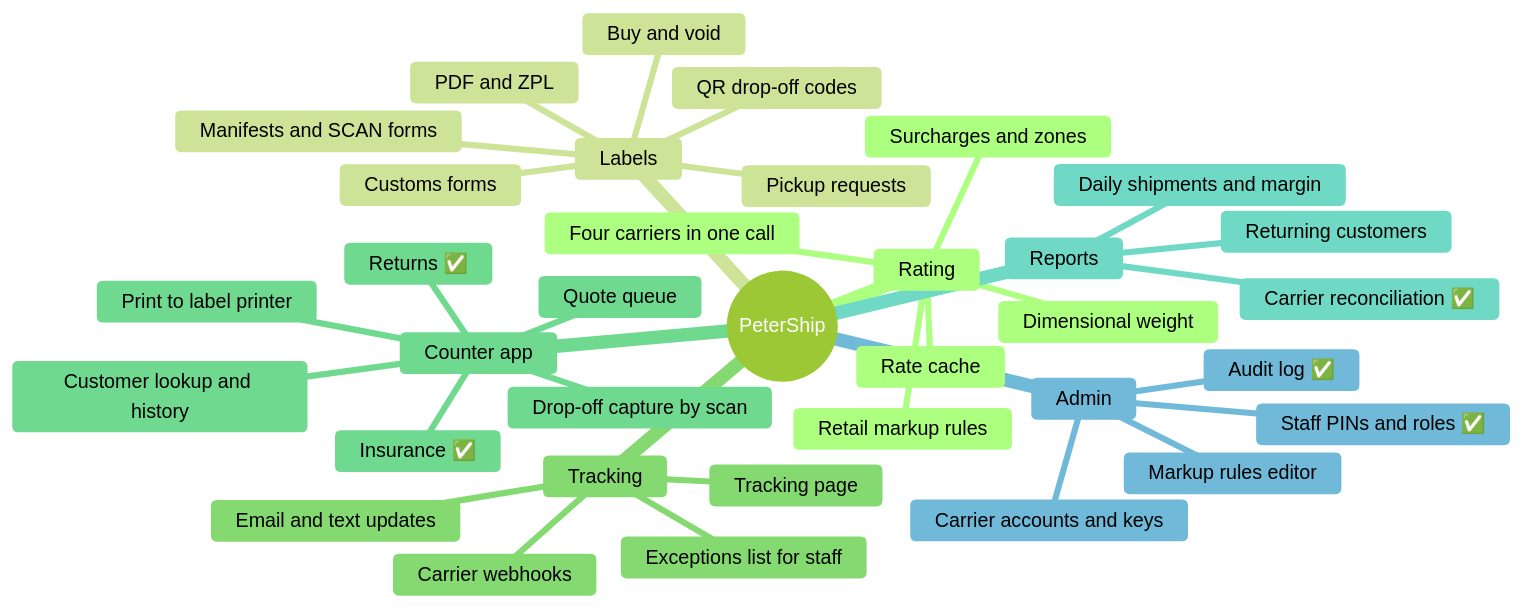
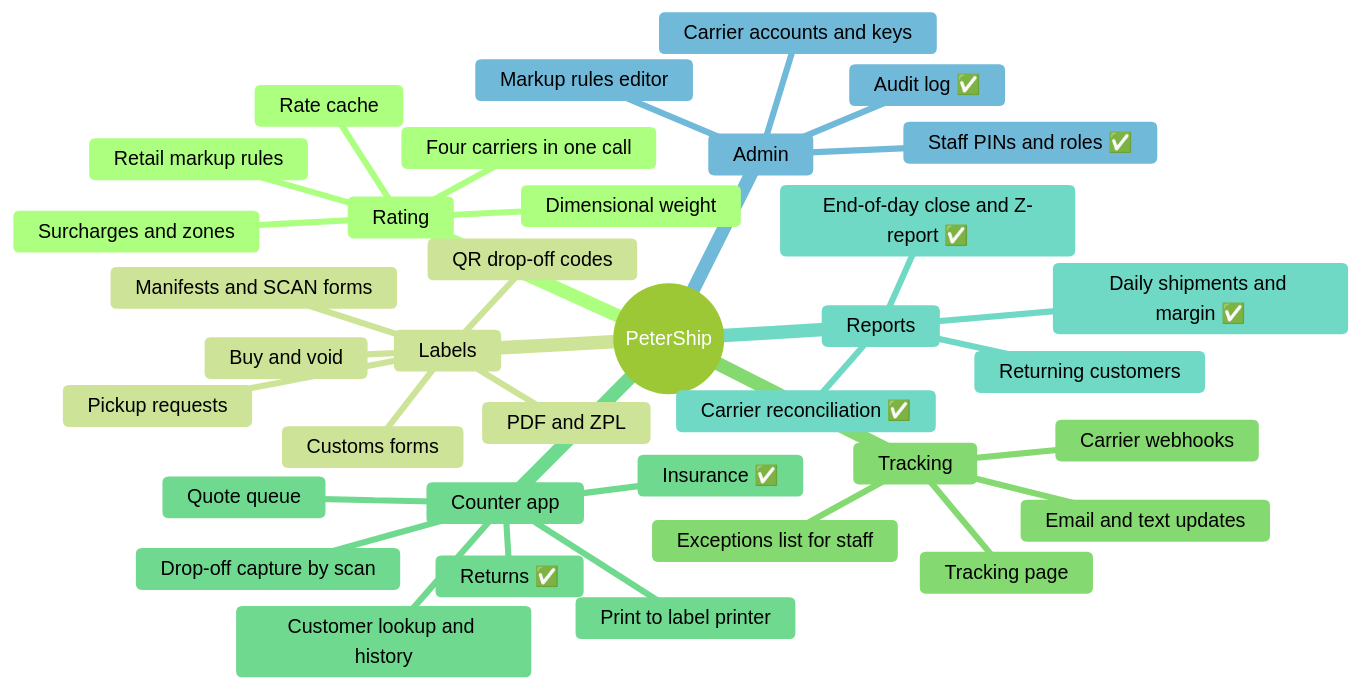
The fifth of 8 diagrams in shipping-client/README.md (wbp318/goin-postal-forsythe), drawn with Mermaid (forest theme) before and after one commit. The commit also changed other lines of this file and 20 other files, not shown here.

First line of the commit message:
PeterShip: end-of-day close with Z-report (N11)

````diff
--- a/shipping-client/README.md
+++ b/shipping-client/README.md
@@ -447,38 +453,39 @@
 ```mermaid
 mindmap
   root((PeterShip))
     Rating
       Four carriers in one call
       Dimensional weight
       Surcharges and zones
       Retail markup rules
       Rate cache
     Labels
       Buy and void
       PDF and ZPL
       QR drop-off codes
       Customs forms
       Manifests and SCAN forms
       Pickup requests
     Tracking
       Carrier webhooks
       Tracking page
       Email and text updates
       Exceptions list for staff
     Counter app
       Quote queue
       Drop-off capture by scan
       Customer lookup and history
       Returns ✅
       Insurance ✅
       Print to label printer
     Reports
-      Daily shipments and margin
+      Daily shipments and margin ✅
+      End-of-day close and Z-report ✅
       Carrier reconciliation ✅
       Returning customers
     Admin
       Carrier accounts and keys
       Markup rules editor
       Staff PINs and roles ✅
       Audit log ✅
 ```
````
